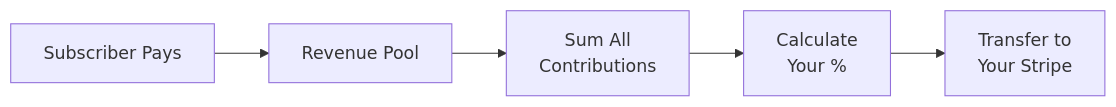
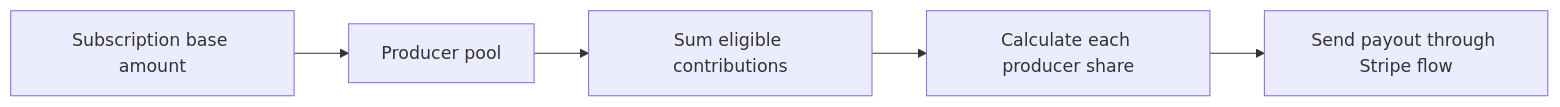
The diagram in help/earnings/contribution-system/index.mdx (alliancewav/mintlify-docs), drawn with Mermaid before and after one commit. The commit also changed other lines of this file and 240 other files, not shown here.

````diff
--- a/help/earnings/contribution-system/index.mdx
+++ b/help/earnings/contribution-system/index.mdx
@@ -36,7 +32,7 @@
 ```mermaid
 flowchart LR
-    A[Subscriber Pays] --> B[Revenue Pool]
-    B --> C[Sum All\nContributions]
-    C --> D[Calculate\nYour %]
-    D --> E[Transfer to\nYour Stripe]
+    A[Subscription base amount] --> B[Producer pool]
+    B --> C[Sum eligible contributions]
+    C --> D[Calculate each producer share]
+    D --> E[Send payout through Stripe flow]
 ```
````
